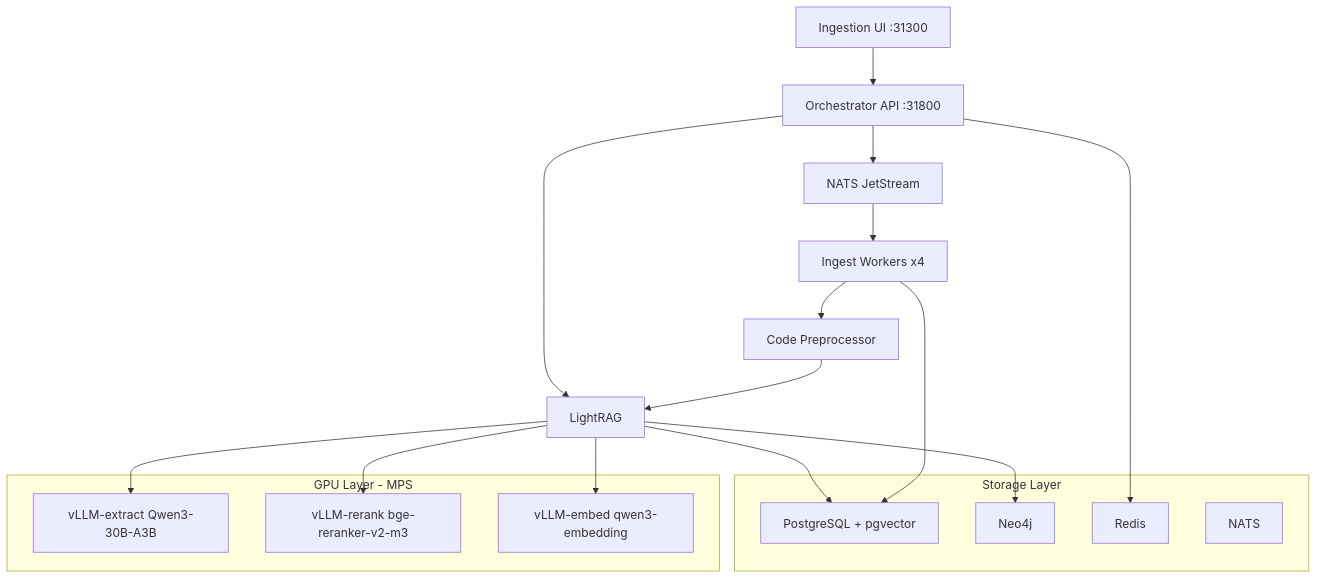
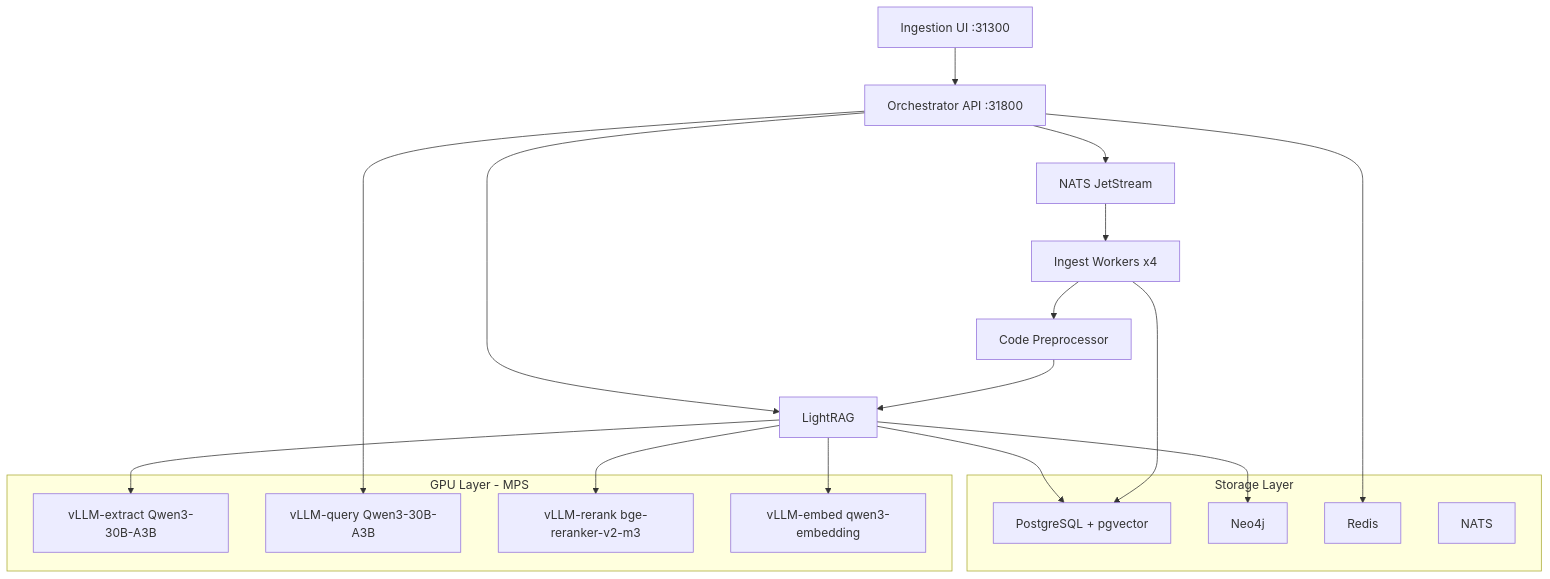
The first of 3 diagrams in README.md (blik616287/roadrunner), drawn with Mermaid before and after one commit. The commit also changed other lines of this file, not shown here.

````diff
--- a/README.md
+++ b/README.md
@@ -15,33 +15,35 @@
 ```mermaid
 graph TD
     UI["Ingestion UI :31300"] --> API
 
     API["Orchestrator API :31800"]
     API --> NATS["NATS JetStream"]
     API --> LR["LightRAG"]
 
     NATS --> IW["Ingest Workers x4"]
     IW --> CP["Code Preprocessor"]
     CP --> LR
 
     subgraph storage ["Storage Layer"]
         PG["PostgreSQL + pgvector"]
         N4J["Neo4j"]
         RD["Redis"]
         NQ["NATS"]
     end
 
     subgraph gpu ["GPU Layer - MPS"]
         VE["vLLM-extract Qwen3-30B-A3B"]
+        VQ["vLLM-query Qwen3-30B-A3B"]
         VR["vLLM-rerank bge-reranker-v2-m3"]
         OE["vLLM-embed qwen3-embedding"]
     end
 
     LR --> PG
     LR --> N4J
     LR --> VE
     LR --> VR
     LR --> OE
+    API --> VQ
     API --> RD
     IW --> PG
 ```
````
